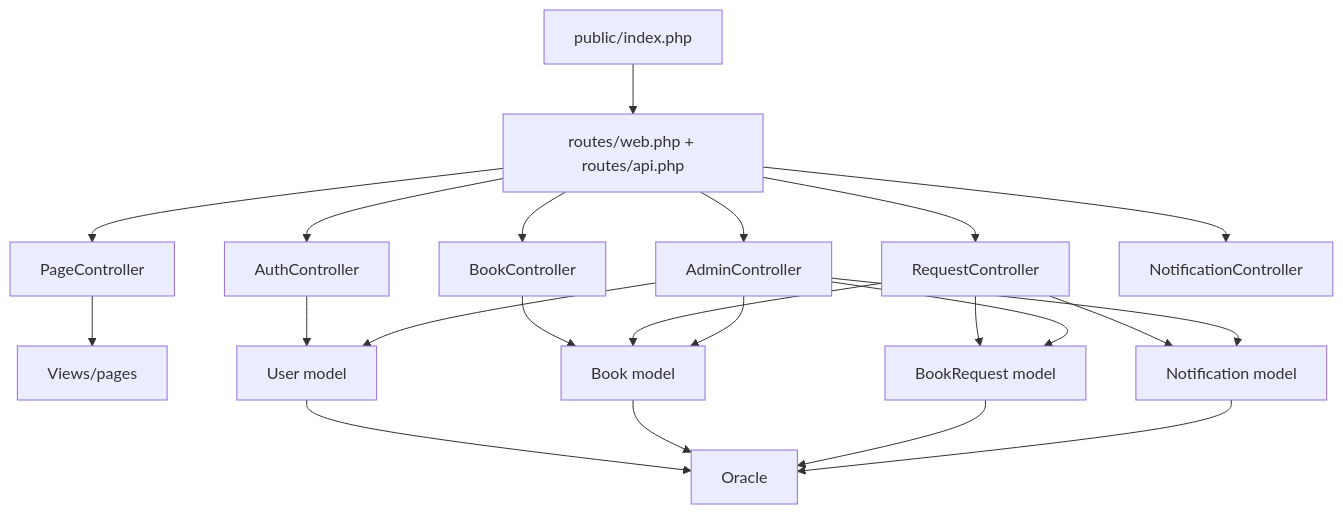
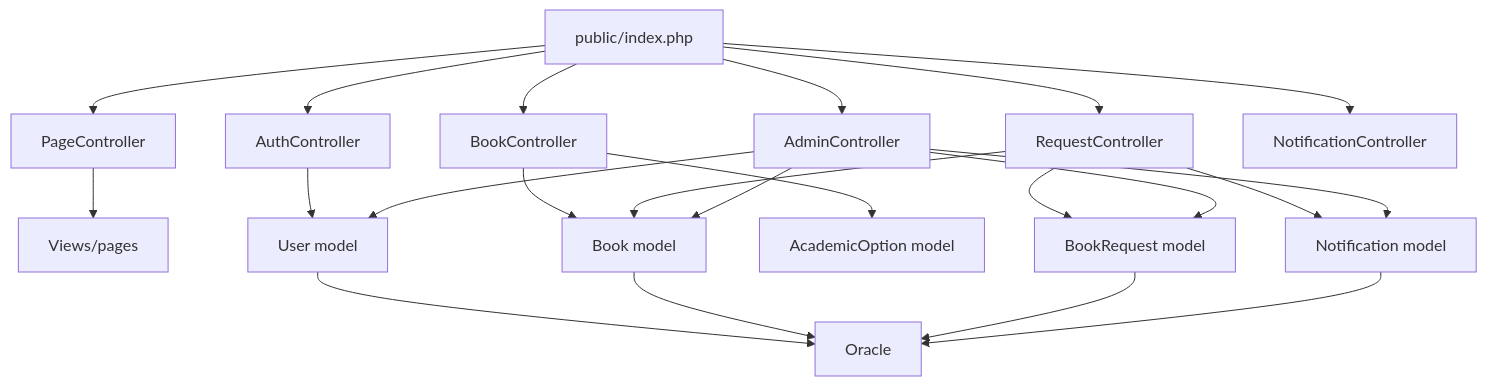
Before and after one commit to MrTBK/bookcycle-tunisia: the second of 18 diagrams in documents_aide/DIAGRAMMES_PROJET_COMPLETS.md, drawn with Mermaid. The commit also changed other lines of this file and 30 other files, not shown here.

````diff
--- a/documents_aide/DIAGRAMMES_PROJET_COMPLETS.md
+++ b/documents_aide/DIAGRAMMES_PROJET_COMPLETS.md
@@ -20,26 +19,26 @@
 ```mermaid
 flowchart TD
-    A["public/index.php"] --> B["routes/web.php + routes/api.php"]
-    B --> C["PageController"]
-    B --> D["AuthController"]
-    B --> E["BookController"]
-    B --> F["RequestController"]
-    B --> G["AdminController"]
-    B --> H["NotificationController"]
+    A["public/index.php"] --> C["PageController"]
+    A --> D["AuthController"]
+    A --> E["BookController"]
+    A --> F["RequestController"]
+    A --> G["AdminController"]
+    A --> H["NotificationController"]
 
     C --> I["Views/pages"]
     D --> J["User model"]
     E --> K["Book model"]
+    E --> O["AcademicOption model"]
     F --> L["BookRequest model"]
     F --> K
     F --> M["Notification model"]
     G --> J
     G --> K
     G --> L
     G --> M
 
     J --> N["Oracle"]
     K --> N
     L --> N
     M --> N
 ```
````
